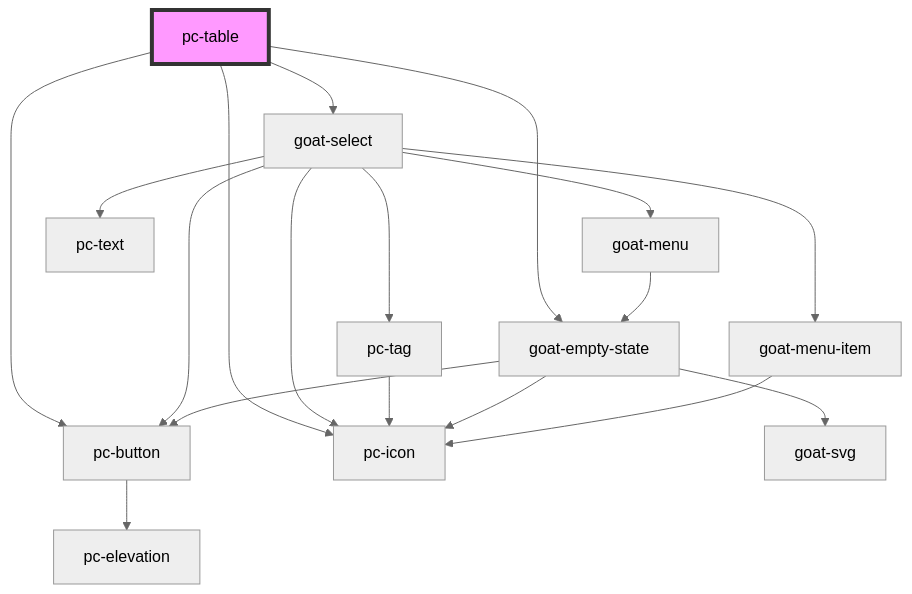
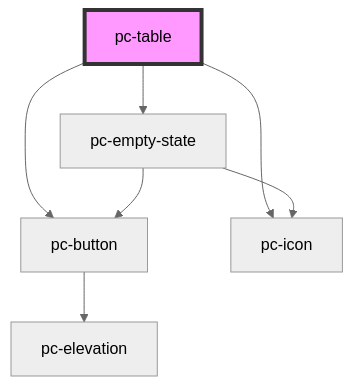
The diagram in src/components/table/readme.md (redvars/peacock), drawn with Mermaid (neutral theme) before and after one commit. The commit also changed other lines of this file and 299 other files, not shown here.

````diff
--- a/src/components/table/readme.md
+++ b/src/components/table/readme.md
@@ -50,21 +49,10 @@
 ```mermaid
 graph TD;
   pc-table --> pc-button
   pc-table --> pc-icon
-  pc-table --> goat-select
-  pc-table --> goat-empty-state
+  pc-table --> pc-empty-state
   pc-button --> pc-elevation
-  goat-select --> pc-icon
-  goat-select --> pc-tag
-  goat-select --> pc-button
-  goat-select --> goat-menu
-  goat-select --> pc-text
-  goat-select --> goat-menu-item
-  pc-tag --> pc-icon
-  goat-menu --> goat-empty-state
-  goat-empty-state --> goat-svg
-  goat-empty-state --> pc-button
-  goat-empty-state --> pc-icon
-  goat-menu-item --> pc-icon
+  pc-empty-state --> pc-icon
+  pc-empty-state --> pc-button
   style pc-table fill:#f9f,stroke:#333,stroke-width:4px
 ```
````
